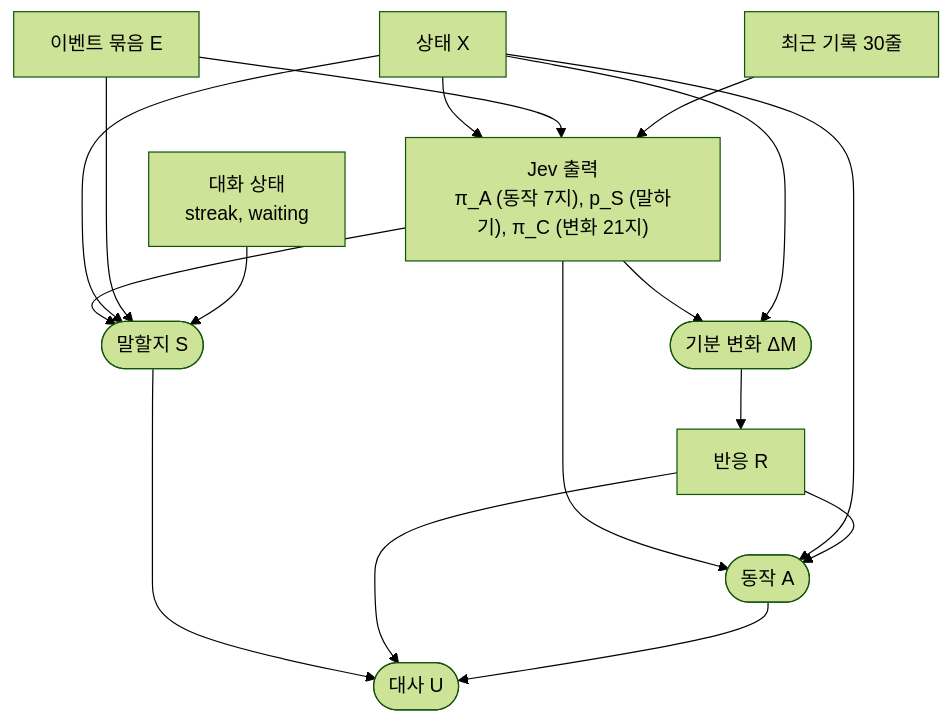
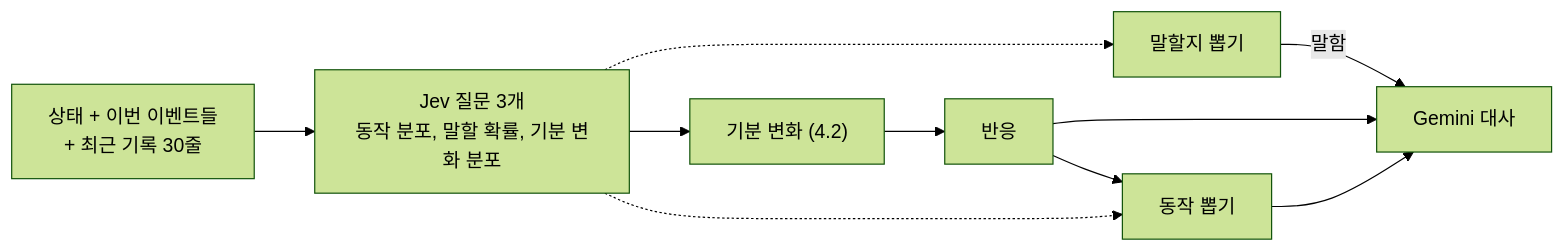
One commit to HEOSEONGILml/AssistantChatBot changed the fourth of 8 diagrams in ARCHITECTURE.md. Above: the diagram before and after it, drawn with Mermaid (forest theme). The commit also changed other lines of this file and 6 other files, not shown here.

````diff
--- a/ARCHITECTURE.md
+++ b/ARCHITECTURE.md
@@ -200,29 +178,12 @@
 ```mermaid
-flowchart TB
-  X["상태 X"]
-  E["이벤트 묶음 E"]
-  HIST["최근 기록 30줄"]
-  C["대화 상태<br>streak, waiting"]
-  PI["Jev 출력<br>π_A (동작 7지), p_S (말하기), π_C (변화 21지)"]
-  DM(["기분 변화 ΔM"])
-  R["반응 R"]
-  A(["동작 A"])
-  S(["말할지 S"])
-  U(["대사 U"])
-  X --> PI
-  E --> PI
-  HIST --> PI
-  PI --> DM
-  X --> DM
-  DM --> R
-  PI --> A
-  X --> A
-  R --> A
-  PI --> S
-  X --> S
-  E --> S
-  C --> S
-  S --> U
+flowchart LR
+  IN["상태 + 이번 이벤트들<br>+ 최근 기록 30줄"] --> JEV["Jev 질문 3개<br>동작 분포, 말할 확률, 기분 변화 분포"]
+  JEV --> DM["기분 변화 (4.2)"]
+  DM --> R["반응"]
+  R --> A["동작 뽑기"]
+  JEV -.-> A
+  JEV -.-> S["말할지 뽑기"]
+  S -->|"말함"| U["Gemini 대사"]
   R --> U
   A --> U
 ```
````
